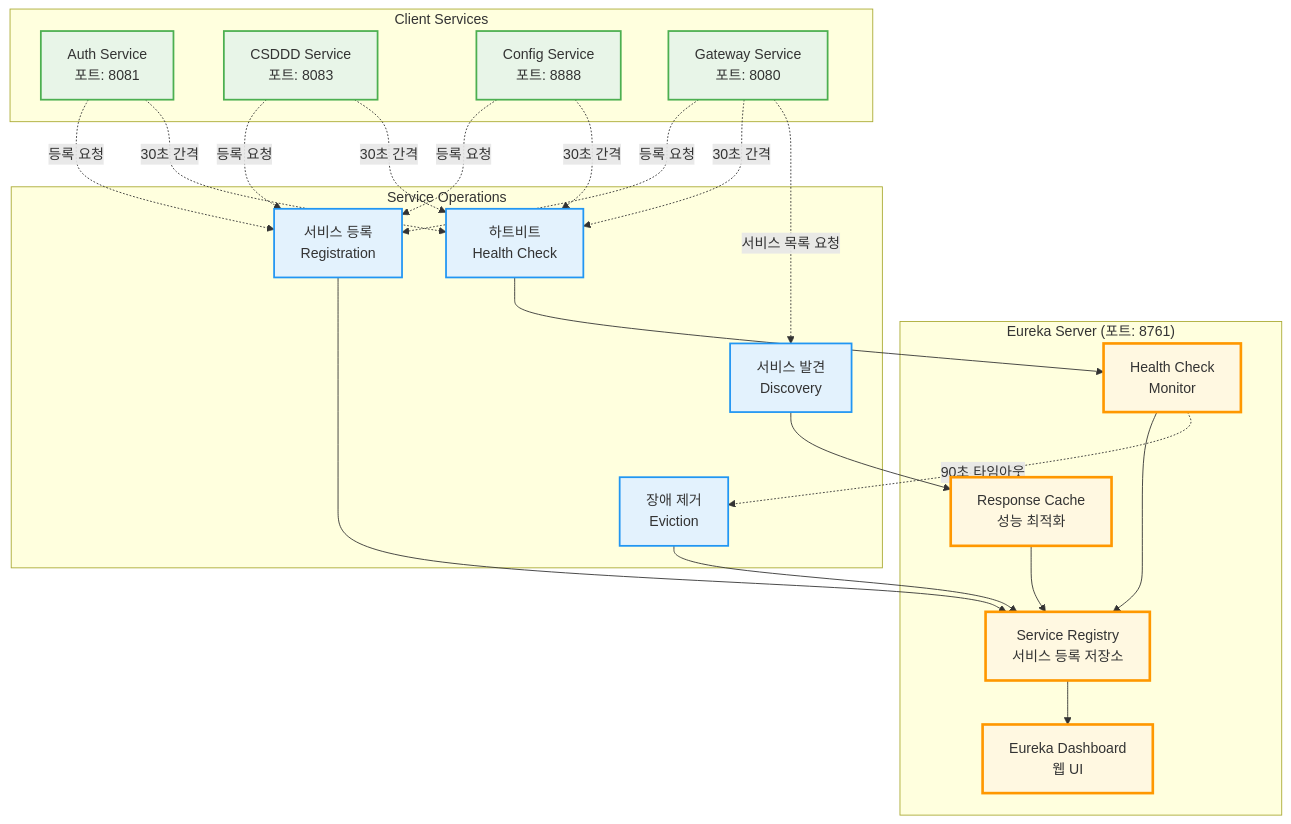
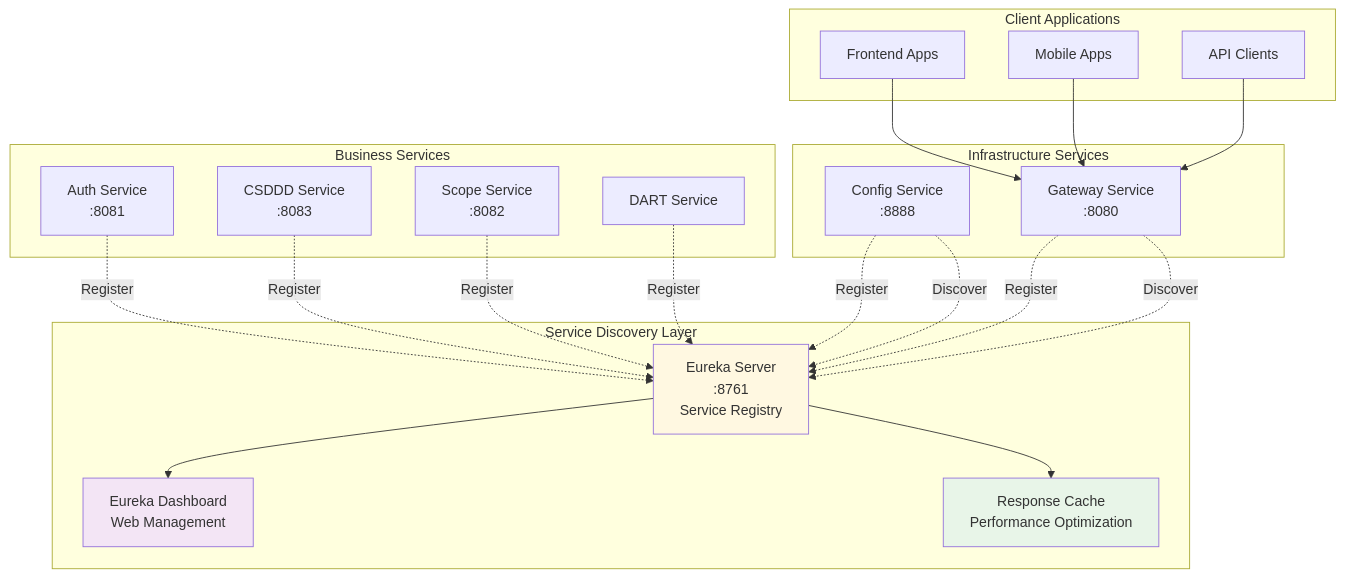
The first of 5 diagrams in README.md (NSMM-v2/discovery-service), drawn with Mermaid before and after one commit. The commit also changed other lines of this file, not shown here.

````diff
--- a/README.md
+++ b/README.md
@@ -24,55 +28,47 @@
 ```mermaid
 graph TB
-    subgraph "Eureka Server (포트: 8761)"
-        REGISTRY[Service Registry<br/>서비스 등록 저장소]
-        HEALTH[Health Check<br/>Monitor]
-        DASHBOARD[Eureka Dashboard<br/>웹 UI]
-        CACHE[Response Cache<br/>성능 최적화]
+    subgraph "Service Discovery Layer"
+        EUREKA[Eureka Server<br/>:8761<br/>Service Registry]
+        DASHBOARD[Eureka Dashboard<br/>Web Management]
+        CACHE[Response Cache<br/>Performance Optimization]
     end
-
-    subgraph "Client Services"
-        AUTH[Auth Service<br/>포트: 8081]
-        CSDDD[CSDDD Service<br/>포트: 8083]
-        CONFIG[Config Service<br/>포트: 8888]
-        GATEWAY[Gateway Service<br/>포트: 8080]
+    
+    subgraph "Infrastructure Services"
+        CONFIG[Config Service<br/>:8888]
+        GATEWAY[Gateway Service<br/>:8080]
     end
-
-    subgraph "Service Operations"
-        REGISTER[서비스 등록<br/>Registration]
-        DISCOVER[서비스 발견<br/>Discovery]
-        HEARTBEAT[하트비트<br/>Health Check]
-        REMOVAL[장애 제거<br/>Eviction]
+    
+    subgraph "Business Services"
+        AUTH[Auth Service<br/>:8081]
+        CSDDD[CSDDD Service<br/>:8083]
+        SCOPE[Scope Service<br/>:8082]
+        DART[DART Service]
     end
-
-    AUTH -.->|등록 요청| REGISTER
-    CSDDD -.->|등록 요청| REGISTER
-    CONFIG -.->|등록 요청| REGISTER
-    GATEWAY -.->|등록 요청| REGISTER
-
-    REGISTER --> REGISTRY
-
-    AUTH -.->|30초 간격| HEARTBEAT
-    CSDDD -.->|30초 간격| HEARTBEAT
-    CONFIG -.->|30초 간격| HEARTBEAT
-    GATEWAY -.->|30초 간격| HEARTBEAT
-
-    HEARTBEAT --> HEALTH
-    HEALTH --> REGISTRY
-
-    GATEWAY -.->|서비스 목록 요청| DISCOVER
-    DISCOVER --> CACHE
-    CACHE --> REGISTRY
-
-    HEALTH -.->|90초 타임아웃| REMOVAL
-    REMOVAL --> REGISTRY
-
-    REGISTRY --> DASHBOARD
-
-    classDef eureka fill:#fff8e1,stroke:#ff9800,stroke-width:3px
-    classDef service fill:#e8f5e8,stroke:#4caf50,stroke-width:2px
-    classDef operation fill:#e3f2fd,stroke:#2196f3,stroke-width:2px
-
-    class REGISTRY,HEALTH,DASHBOARD,CACHE eureka
-    class AUTH,CSDDD,CONFIG,GATEWAY service
-    class REGISTER,DISCOVER,HEARTBEAT,REMOVAL operation
+    
+    subgraph "Client Applications"
+        FRONTEND[Frontend Apps]
+        MOBILE[Mobile Apps]
+        API_CLIENT[API Clients]
+    end
+    
+    CONFIG -.->|Register| EUREKA
+    GATEWAY -.->|Register| EUREKA
+    AUTH -.->|Register| EUREKA
+    CSDDD -.->|Register| EUREKA
+    SCOPE -.->|Register| EUREKA
+    DART -.->|Register| EUREKA
+    
+    EUREKA --> DASHBOARD
+    EUREKA --> CACHE
+    
+    GATEWAY -.->|Discover| EUREKA
+    CONFIG -.->|Discover| EUREKA
+    
+    FRONTEND --> GATEWAY
+    MOBILE --> GATEWAY
+    API_CLIENT --> GATEWAY
+    
+    style EUREKA fill:#fff8e1
+    style DASHBOARD fill:#f3e5f5
+    style CACHE fill:#e8f5e8
 ```
````
